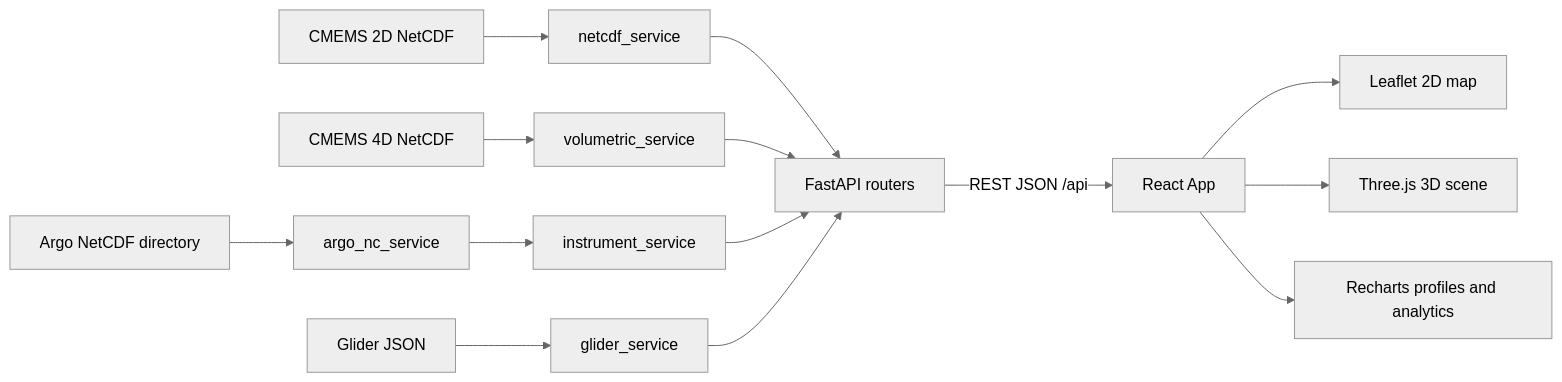
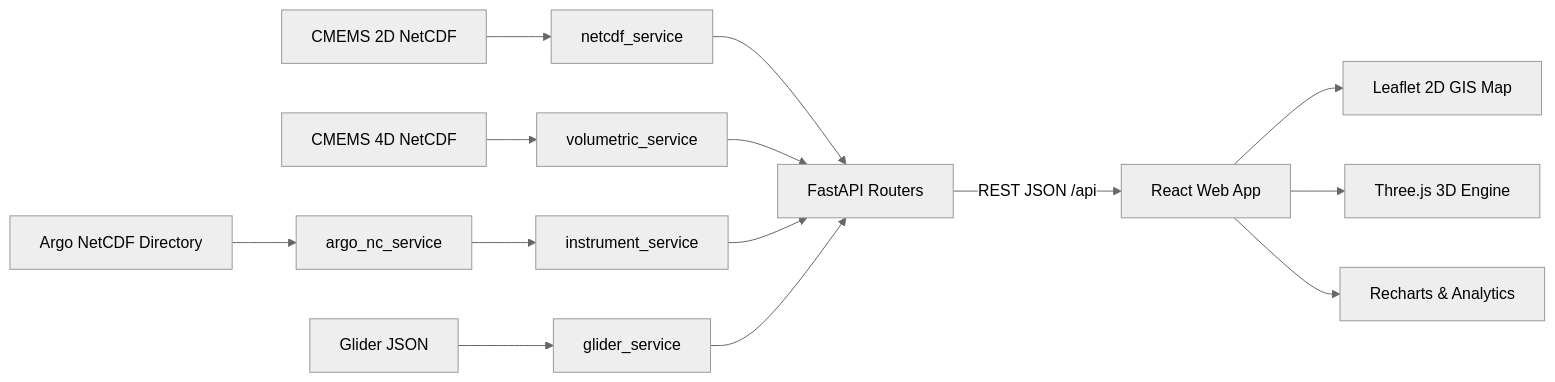
Before and after one commit to RutuRaj-1/Sagar_Drishti: the diagram in README.md, drawn with Mermaid (neutral theme). The commit also changed other lines of this file, not shown here.

````diff
--- a/README.md
+++ b/README.md
@@ -93,16 +158,16 @@
 ```mermaid
 flowchart LR
     A[CMEMS 2D NetCDF] --> B[netcdf_service]
-    B --> C[FastAPI routers]
+    B --> C[FastAPI Routers]
     D[CMEMS 4D NetCDF] --> E[volumetric_service]
     E --> C
-    F[Argo NetCDF directory] --> G[argo_nc_service]
+    F[Argo NetCDF Directory] --> G[argo_nc_service]
     G --> H[instrument_service]
     H --> C
     I[Glider JSON] --> J[glider_service]
     J --> C
-    C -->|REST JSON /api| K[React App]
-    K --> L[Leaflet 2D map]
-    K --> M[Three.js 3D scene]
-    K --> N[Recharts profiles and analytics]
+    C -->|REST JSON /api| K[React Web App]
+    K --> L[Leaflet 2D GIS Map]
+    K --> M[Three.js 3D Engine]
+    K --> N[Recharts & Analytics]
 ```
````
